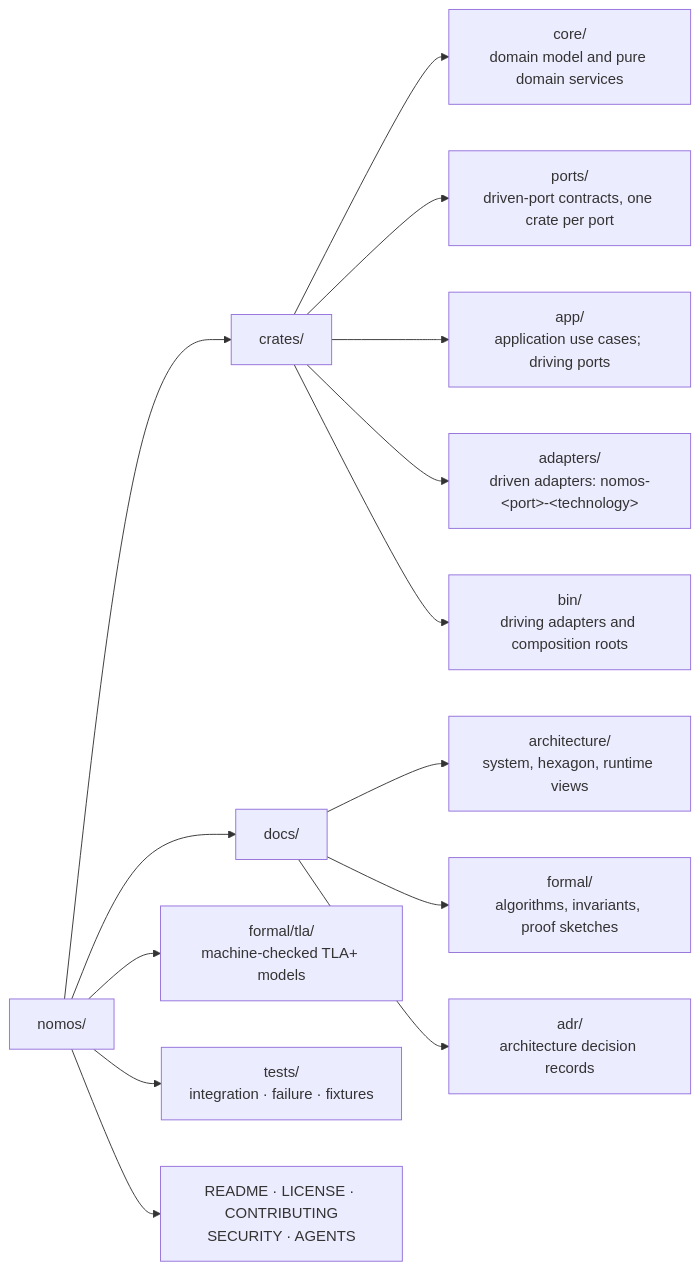
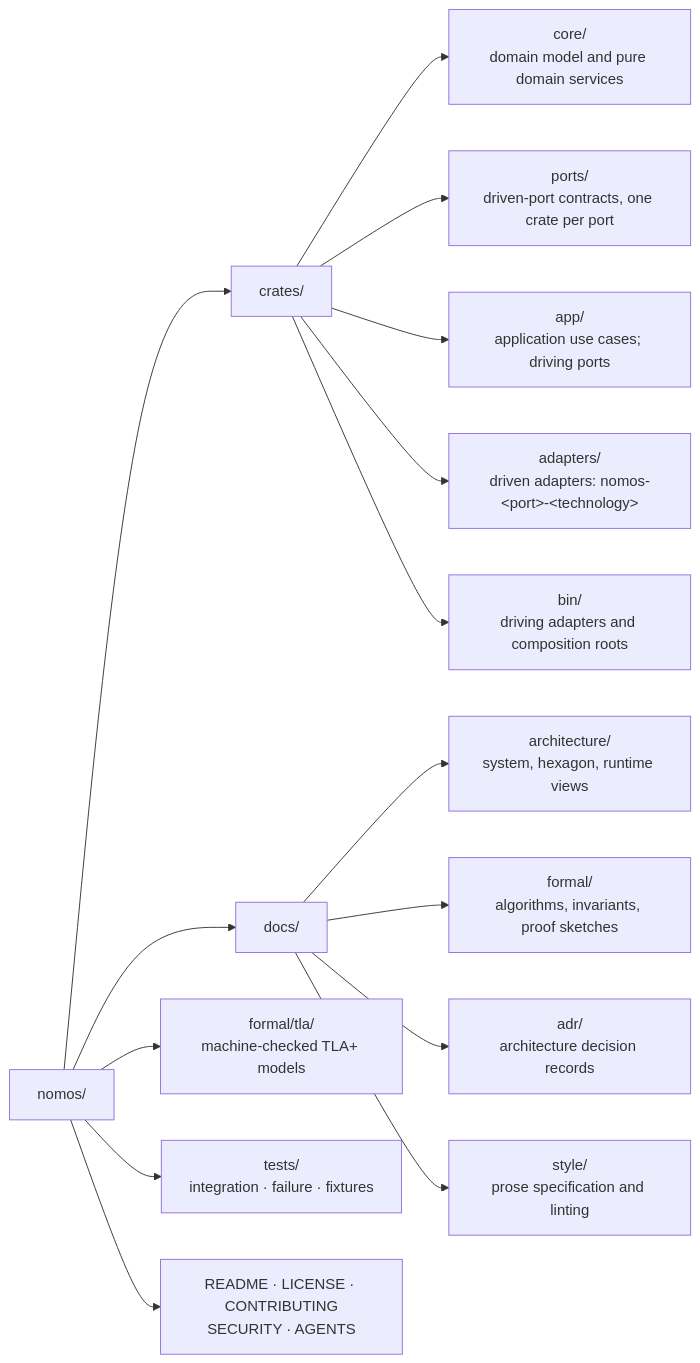
One commit to kmosoti/Nomos changed the diagram in docs/adr/0000-foundations.md. Above: the diagram before and after it, drawn with Mermaid. The commit also changed other lines of this file and 34 other files, not shown here.

````diff
--- a/docs/adr/0000-foundations.md
+++ b/docs/adr/0000-foundations.md
@@ -20,19 +20,20 @@
 ```mermaid
 flowchart LR
     root["nomos/"]
     root --> crates["crates/"]
     root --> docs["docs/"]
     root --> formal["formal/tla/<br/>machine-checked TLA+ models"]
     root --> tests["tests/<br/>integration · failure · fixtures"]
     root --> meta["README · LICENSE · CONTRIBUTING<br/>SECURITY · AGENTS"]
 
     crates --> core["core/<br/>domain model and pure domain services"]
     crates --> ports["ports/<br/>driven-port contracts, one crate per port"]
     crates --> app["app/<br/>application use cases; driving ports"]
     crates --> adapters["adapters/<br/>driven adapters: nomos-&lt;port&gt;-&lt;technology&gt;"]
     crates --> bin["bin/<br/>driving adapters and composition roots"]
 
     docs --> arch["architecture/<br/>system, hexagon, runtime views"]
     docs --> fdocs["formal/<br/>algorithms, invariants, proof sketches"]
     docs --> adr["adr/<br/>architecture decision records"]
+    docs --> prose["style/<br/>prose specification and linting"]
 ```
````
